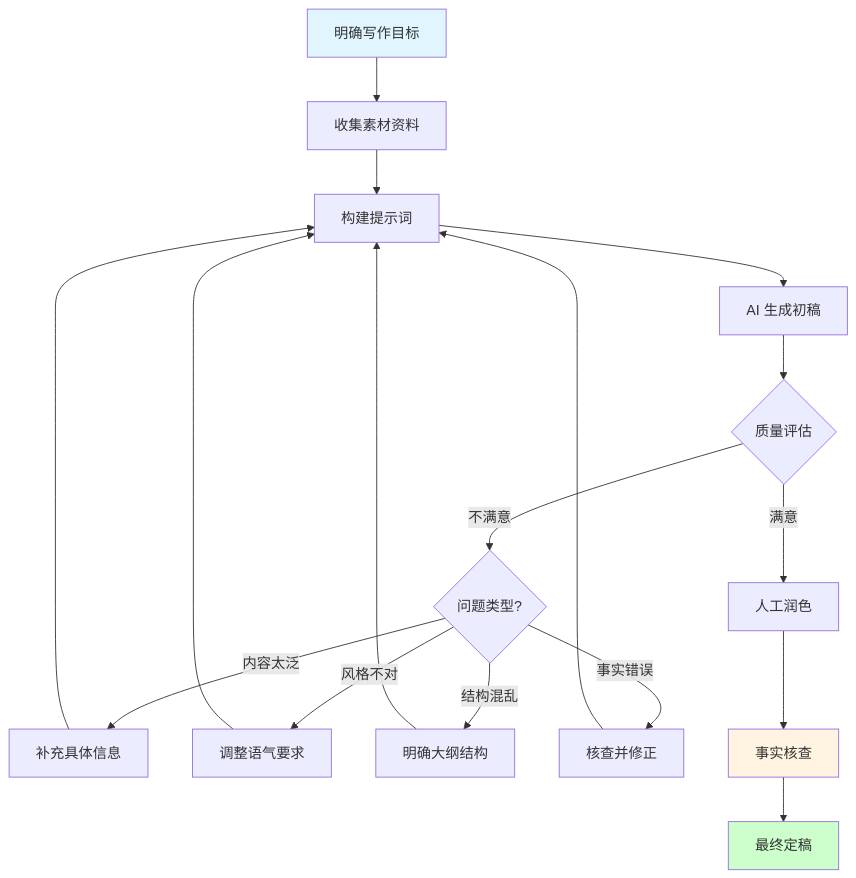
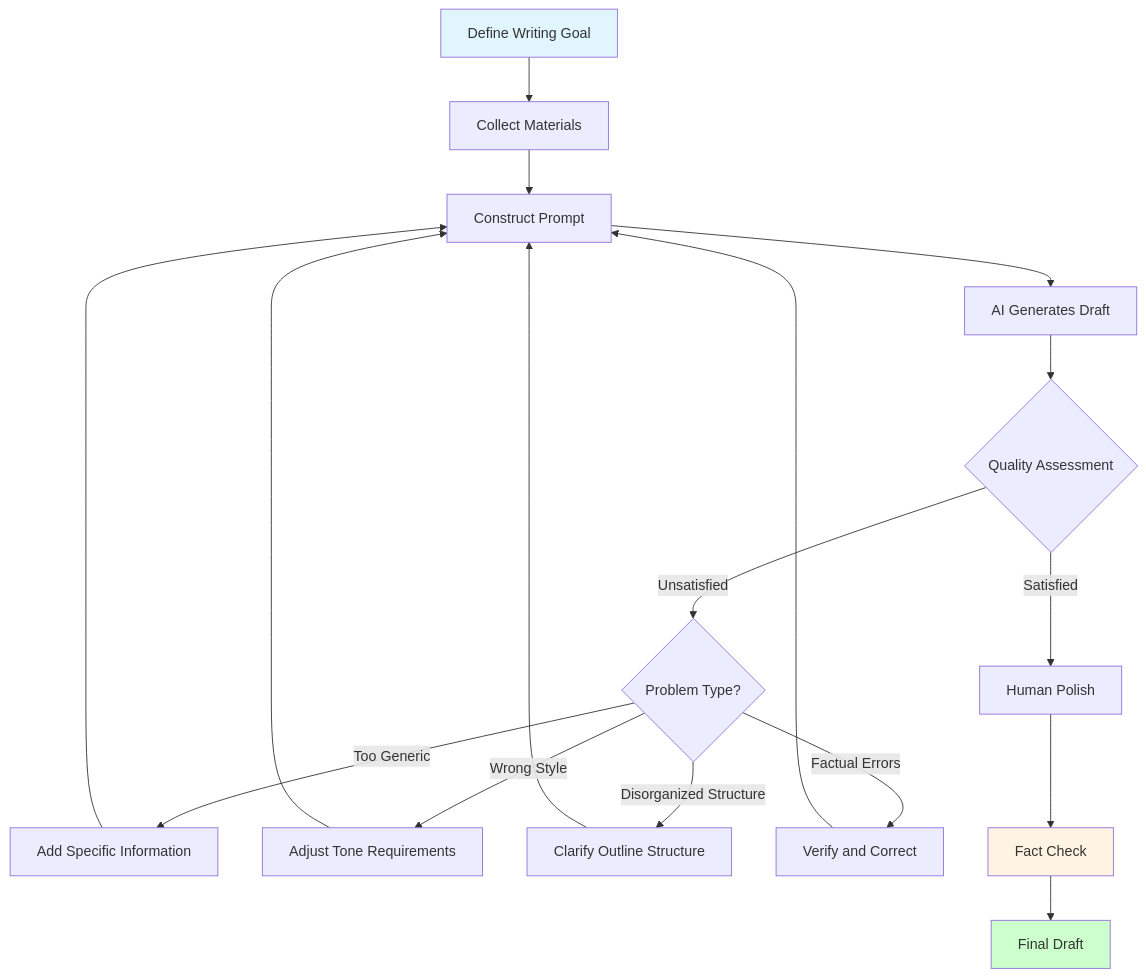
Before and after one commit to tianhongTina/ai-literacy-bootcamp: the first of 3 diagrams in docs/lessons/lesson-2.md, drawn with Mermaid. The commit also changed other lines of this file and 18 other files, not shown here.

````diff
--- a/docs/lessons/lesson-2.md
+++ b/docs/lessons/lesson-2.md
@@ -38,26 +38,26 @@
 ```mermaid
 graph TD
-    A[明确写作目标] --> B[收集素材资料]
-    B --> C[构建提示词]
-    C --> D[AI 生成初稿]
-    D --> E{质量评估}
+    A[Define Writing Goal] --> B[Collect Materials]
+    B --> C[Construct Prompt]
+    C --> D[AI Generates Draft]
+    D --> E{Quality Assessment}
     
-    E -->|不满意| F{问题类型?}
-    F -->|内容太泛| G[补充具体信息]
-    F -->|风格不对| H[调整语气要求]
-    F -->|结构混乱| I[明确大纲结构]
-    F -->|事实错误| J[核查并修正]
+    E -->|Unsatisfied| F{Problem Type?}
+    F -->|Too Generic| G[Add Specific Information]
+    F -->|Wrong Style| H[Adjust Tone Requirements]
+    F -->|Disorganized Structure| I[Clarify Outline Structure]
+    F -->|Factual Errors| J[Verify and Correct]
     
     G --> C
     H --> C
     I --> C
     J --> C
     
-    E -->|满意| K[人工润色]
-    K --> L[事实核查]
-    L --> M[最终定稿]
+    E -->|Satisfied| K[Human Polish]
+    K --> L[Fact Check]
+    L --> M[Final Draft]
     
     style A fill:#e1f5ff
     style M fill:#ccffcc
     style L fill:#fff4e1
 ```
````
